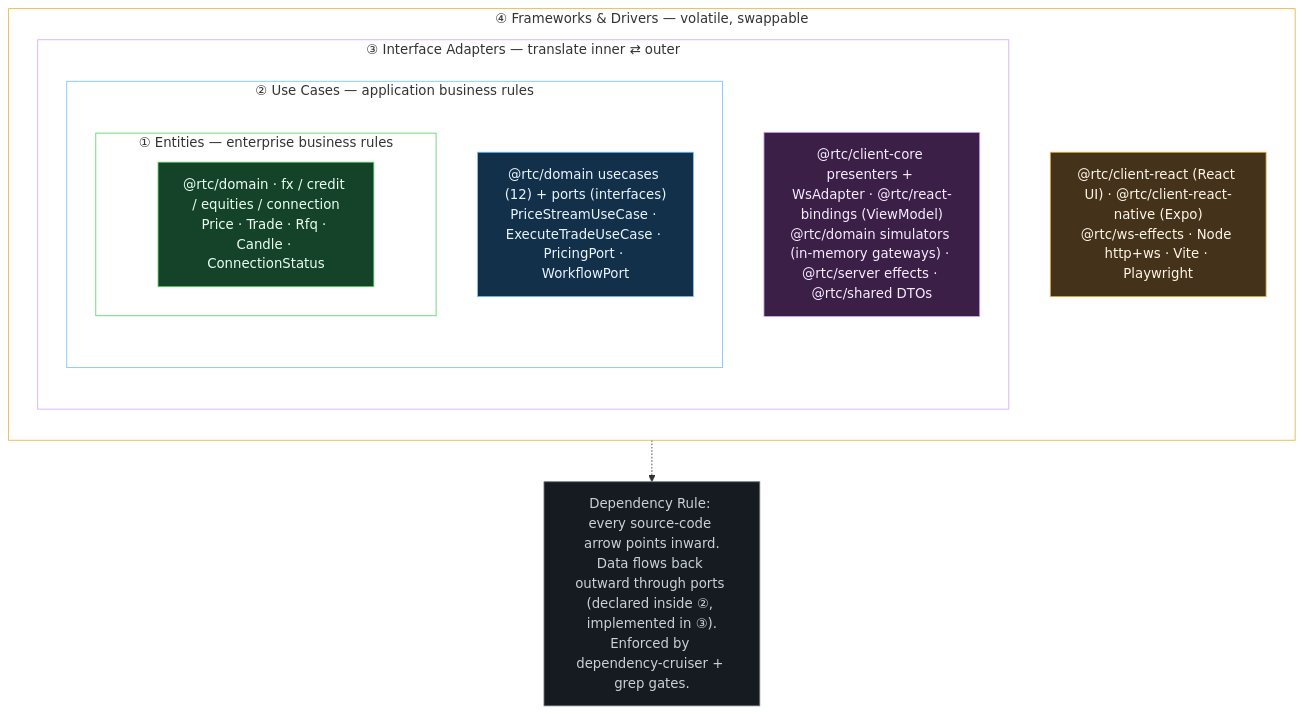
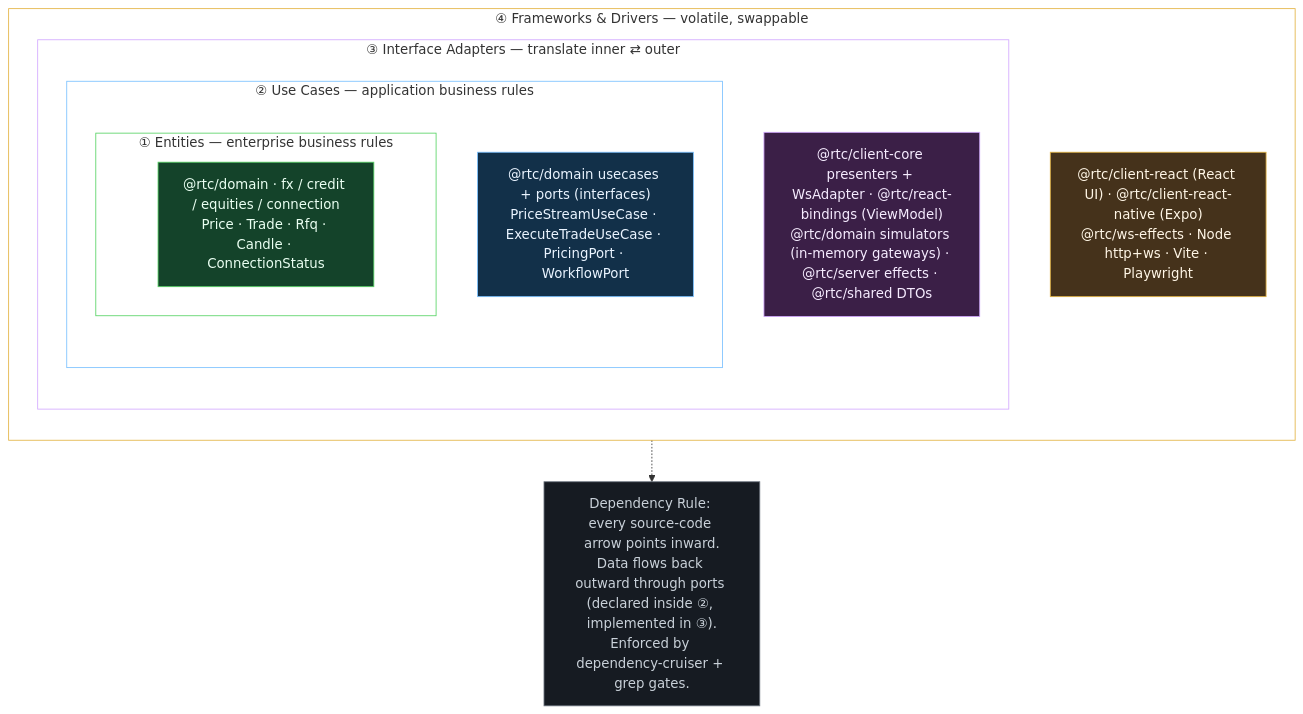
The second of 3 diagrams in docs/architecture/01-overview.md (bettersoftware-io/ReactiveTraderCloudClone), drawn with Mermaid before and after one commit. The commit also changed other lines of this file, not shown here.

First line of the commit message:
docs(architecture): overview draws all 25 packages and the three cores

````diff
--- a/docs/architecture/01-overview.md
+++ b/docs/architecture/01-overview.md
@@ -93,30 +93,30 @@
 ```mermaid
 flowchart TB
   subgraph FW["④ Frameworks & Drivers — volatile, swappable"]
     direction TB
     subgraph IA["③ Interface Adapters — translate inner ⇄ outer"]
       direction TB
       subgraph UC["② Use Cases — application business rules"]
         direction TB
         subgraph EN["① Entities — enterprise business rules"]
           ent["@rtc/domain · fx / credit / equities / connection<br/>Price · Trade · Rfq · Candle · ConnectionStatus"]:::en
         end
-        uc["@rtc/domain usecases (12) + ports (interfaces)<br/>PriceStreamUseCase · ExecuteTradeUseCase · PricingPort · WorkflowPort"]:::uc
+        uc["@rtc/domain usecases + ports (interfaces)<br/>PriceStreamUseCase · ExecuteTradeUseCase · PricingPort · WorkflowPort"]:::uc
       end
       ia["@rtc/client-core presenters + WsAdapter · @rtc/react-bindings (ViewModel)<br/>@rtc/domain simulators (in-memory gateways) · @rtc/server effects · @rtc/shared DTOs"]:::ia
     end
     fw["@rtc/client-react (React UI) · @rtc/client-react-native (Expo)<br/>@rtc/ws-effects · Node http+ws · Vite · Playwright"]:::fw
   end
   note["Dependency Rule: every source-code arrow points inward.<br/>Data flows back outward through ports (declared inside ②, implemented in ③).<br/>Enforced by dependency-cruiser + grep gates."]:::noteC
   FW -.-> note
 
   classDef en fill:#14432a,stroke:#56d364,color:#eafff2
   classDef uc fill:#123049,stroke:#79c0ff,color:#eaf4ff
   classDef ia fill:#3b1f47,stroke:#d2a8ff,color:#f6ecff
   classDef fw fill:#45321b,stroke:#e3b341,color:#fff6e6
   classDef noteC fill:#161b22,stroke:#6e7681,color:#c9d1d9
   style EN fill:none,stroke:#56d364
   style UC fill:none,stroke:#79c0ff
   style IA fill:none,stroke:#d2a8ff
   style FW fill:none,stroke:#e3b341
 ```
````
